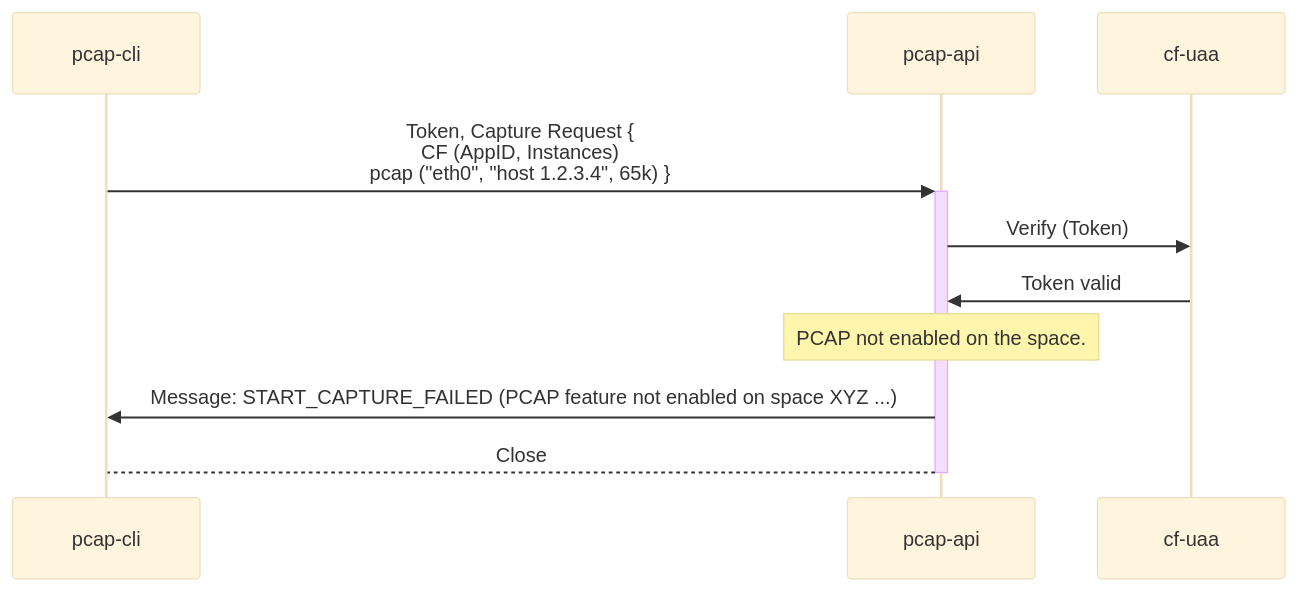
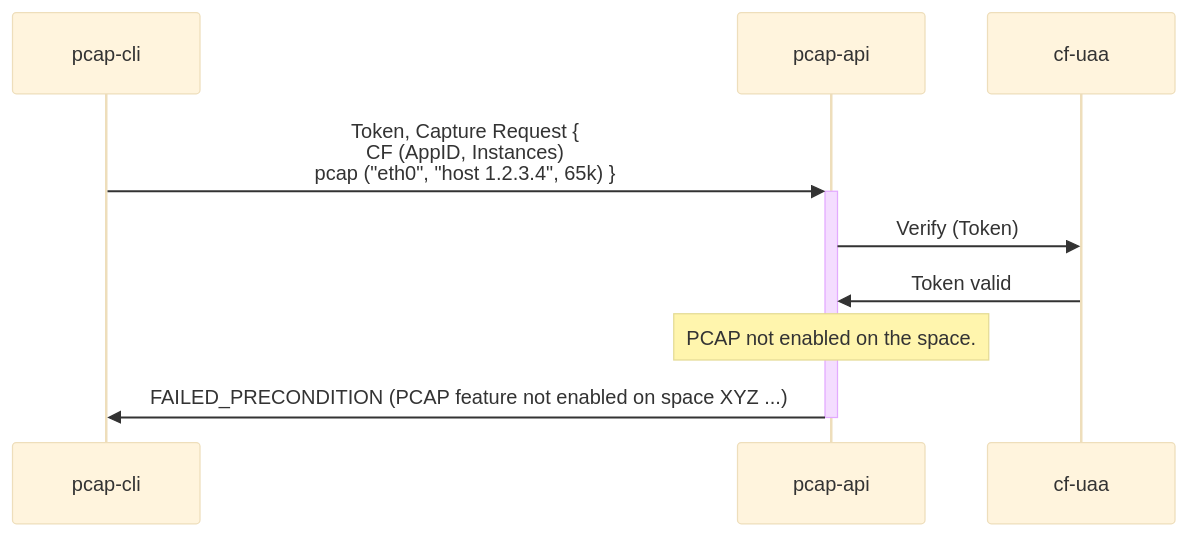
Before and after one commit to cloudfoundry/pcap-release: diagram 14 of 21 in docs/api-communication-spec.md, drawn with Mermaid (base theme). The commit also changed other lines of this file, not shown here.

Commit message:
docs(api): adapted all use cases to native gRPC status codes where applicable

````diff
--- a/docs/api-communication-spec.md
+++ b/docs/api-communication-spec.md
@@ -676,10 +672,9 @@
 ```mermaid
 sequenceDiagram
     pcap-cli ->>+ pcap-api: Token, Capture Request {<br/>CF (AppID, Instances)<br/>pcap ("eth0", "host 1.2.3.4", 65k) }
     pcap-api ->> cf-uaa: Verify (Token)
     cf-uaa ->> pcap-api: Token valid
     note over pcap-api: PCAP not enabled on the space.
     
-    pcap-api ->> pcap-cli: Message: START_CAPTURE_FAILED (PCAP feature not enabled on space XYZ ...)
-    pcap-api -->- pcap-cli: Close
+    pcap-api ->>- pcap-cli: FAILED_PRECONDITION (PCAP feature not enabled on space XYZ ...)
 ```
````
